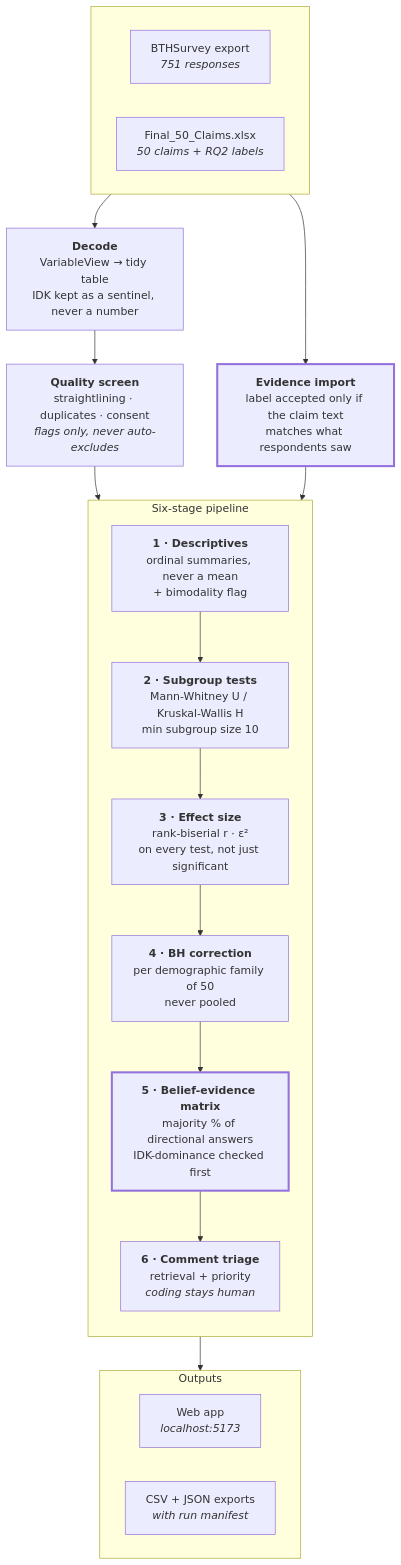
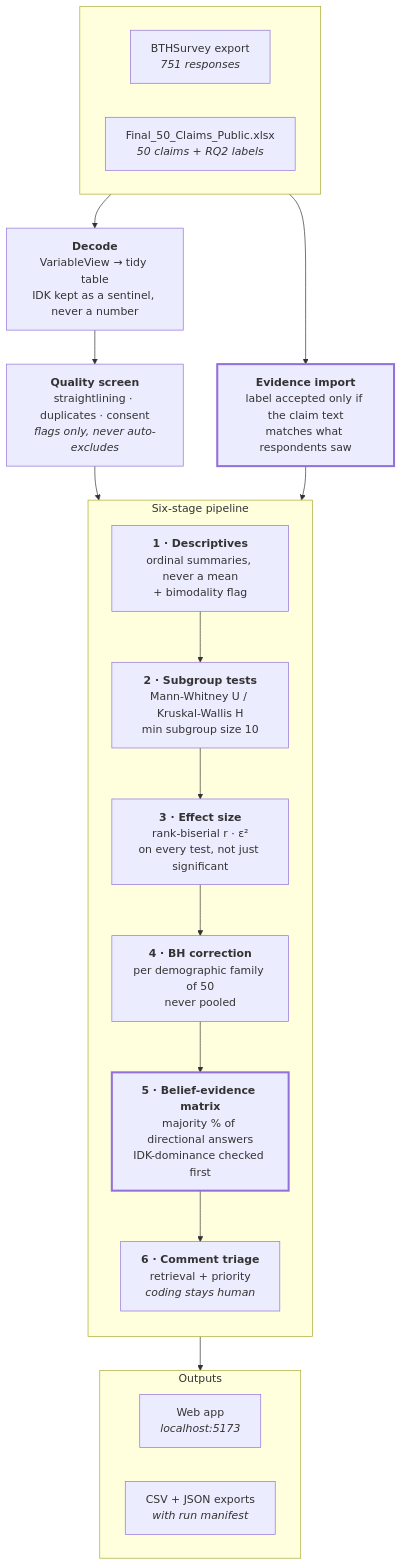
The diagram in rq3-survey-analysis-tool/README.md (aakashdoli/Claims-validity-of-Software-Engineering-folklore), drawn with Mermaid before and after one commit. The commit also changed other lines of this file and 11 other files, not shown here.

````diff
--- a/rq3-survey-analysis-tool/README.md
+++ b/rq3-survey-analysis-tool/README.md
@@ -71,37 +71,37 @@
 ```mermaid
 flowchart TB
     subgraph inputs [" "]
         direction LR
         XLSX["BTHSurvey export<br/><i>751 responses</i>"]
-        CLAIMS["Final_50_Claims.xlsx<br/><i>50 claims + RQ2 labels</i>"]
+        CLAIMS["Final_50_Claims_Public.xlsx<br/><i>50 claims + RQ2 labels</i>"]
     end
 
     XLSX --> DECODE["<b>Decode</b><br/>VariableView → tidy table<br/>IDK kept as a sentinel, never a number"]
     CLAIMS --> GATE["<b>Evidence import</b><br/>label accepted only if the claim text<br/>matches what respondents saw"]
 
     DECODE --> QUALITY["<b>Quality screen</b><br/>straightlining · duplicates · consent<br/><i>flags only, never auto-excludes</i>"]
     QUALITY --> S1
 
     subgraph pipeline ["Six-stage pipeline"]
         direction TB
         S1["<b>1 · Descriptives</b><br/>ordinal summaries, never a mean<br/>+ bimodality flag"]
         S2["<b>2 · Subgroup tests</b><br/>Mann-Whitney U / Kruskal-Wallis H<br/>min subgroup size 10"]
         S3["<b>3 · Effect size</b><br/>rank-biserial r · ε²<br/>on every test, not just significant"]
         S4["<b>4 · BH correction</b><br/>per demographic family of 50<br/>never pooled"]
         S5["<b>5 · Belief-evidence matrix</b><br/>majority % of directional answers<br/>IDK-dominance checked first"]
         S6["<b>6 · Comment triage</b><br/>retrieval + priority<br/><i>coding stays human</i>"]
         S1 --> S2 --> S3 --> S4 --> S5 --> S6
     end
 
     GATE --> S5
     S6 --> OUT
 
     subgraph OUT ["Outputs"]
         direction LR
         WEB["Web app<br/><i>localhost:5173</i>"]
         CSV["CSV + JSON exports<br/><i>with run manifest</i>"]
     end
 
     style S5 stroke-width:3px
     style GATE stroke-width:3px
 ```
````
